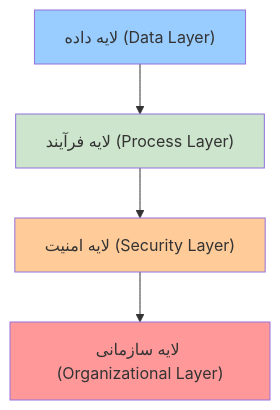
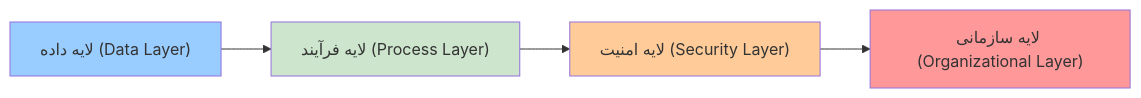
One commit to hadisadoghiyazdi1971/hadisadoghiyazdi1971.github.io changed the second of 6 diagrams in presentation/DataBase_MediacalUniversity.md. Above: the diagram before and after it, drawn with Mermaid.

````diff
--- a/presentation/DataBase_MediacalUniversity.md
+++ b/presentation/DataBase_MediacalUniversity.md
@@ -50,11 +50,13 @@
 ```mermaid
-flowchart TB
+flowchart LR
+    direction LR
+
     D["لایه داده (Data Layer)"] --> P["لایه فرآیند (Process Layer)"]
     P --> S["لایه امنیت (Security Layer)"]
     S --> O["لایه سازمانی (Organizational Layer)"]
 
     style D fill:#99ccff
     style P fill:#cce5cc
     style S fill:#ffcc99
     style O fill:#ff9999
 ```
````
